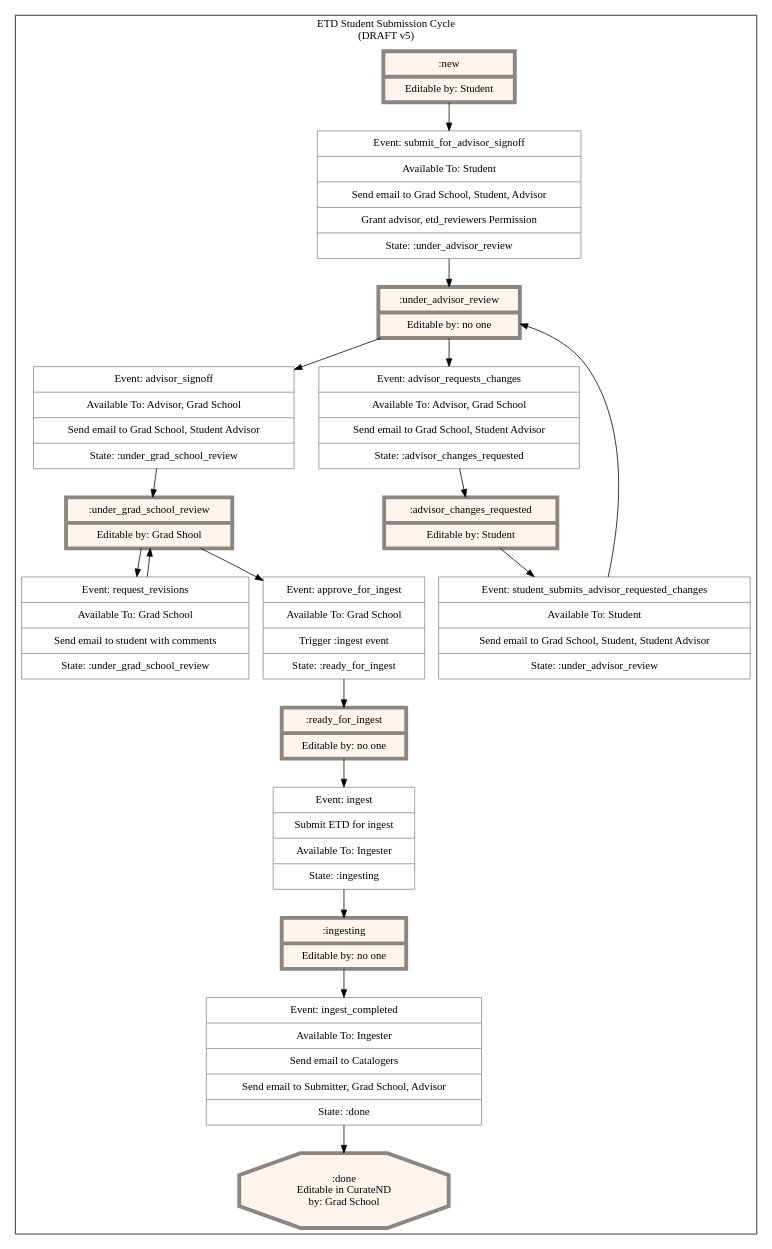
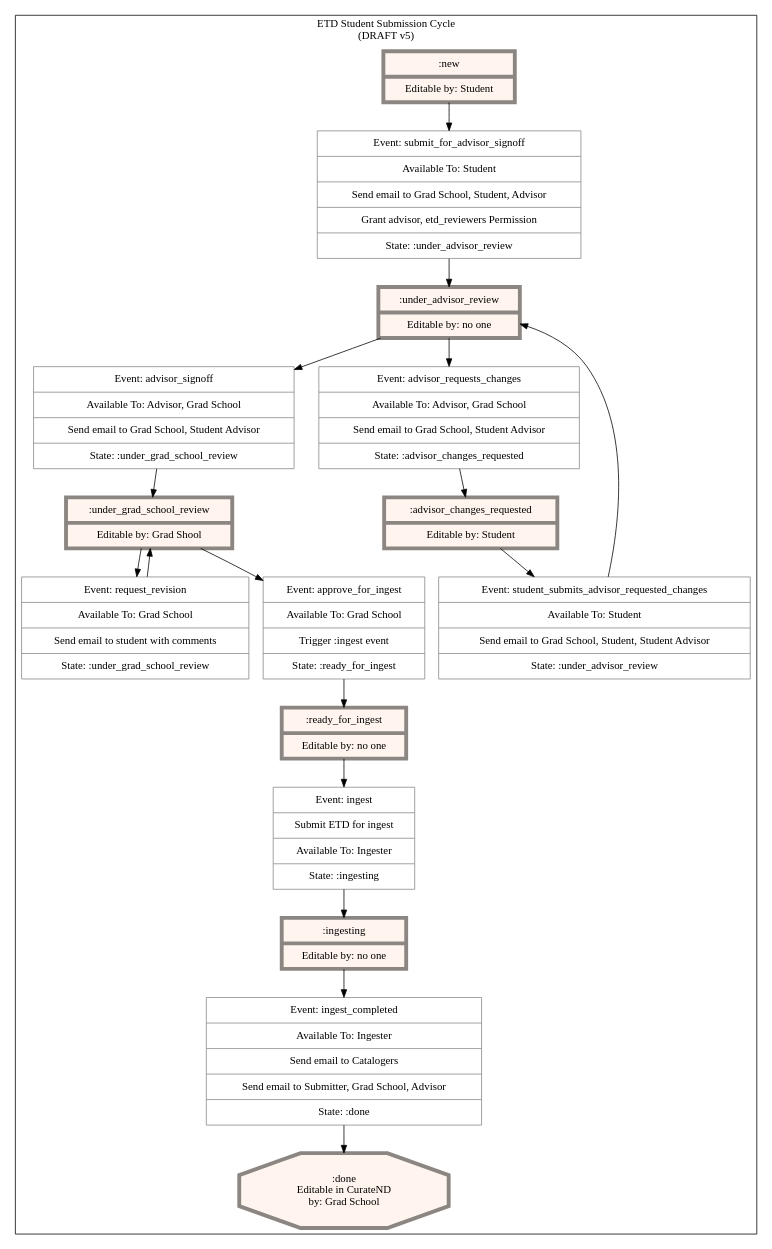
Before and after one commit to scholarworks/sipity: the diagram in artifacts/etd-submission-state-machine.dot, drawn with Graphviz. The commit also changed 8 other files, not shown here.

```diff
--- a/artifacts/etd-submission-state-machine.dot
+++ b/artifacts/etd-submission-state-machine.dot
@@ -1,46 +1,46 @@
 digraph "G" {
     compound=true;
     node[color="grey15" margin="0.15, 0.125"];
 
     subgraph cluster_0 {
         label="ETD Student Submission Cycle\n(DRAFT v5)"
         node[style=filled fillcolor=white color="seashell4"]
 
         # States
         subgraph 0 {
             label="States";
             node[shape="record" fillcolor="seashell1" penwidth=5]
             new [label="{ :new | Editable by: Student }"]
             under_advisor_review [label="{ :under_advisor_review | Editable by: no one }"]
             advisor_changes_requested [label="{ :advisor_changes_requested | Editable by: Student }"]
             under_grad_school_review[label="{ :under_grad_school_review | Editable by: Grad Shool }"]
             ready_for_ingest[label="{ :ready_for_ingest | Editable by: no one }"]
             ingesting[label="{ :ingesting | Editable by: no one }"]
             done[shape="octagon" label=":done\nEditable in CurateND\nby: Grad School"]
         }
 
         subgraph 1 {
             label="Events"
             node[shape="record" shape=record penwidth=1]
             submit_for_advisor_signoff[label="{ Event: submit_for_advisor_signoff | Available To: Student | Send email to Grad School, Student, Advisor | Grant advisor, etd_reviewers Permission | State: :under_advisor_review }"]
             advisor_signoff[label="{ Event: advisor_signoff | Available To: Advisor, Grad School |Send email to Grad School, Student Advisor | State: :under_grad_school_review }"]
             advisor_requests_changes[label="{ Event: advisor_requests_changes | Available To: Advisor, Grad School | Send email to Grad School, Student Advisor | State: :advisor_changes_requested }"]
             student_submits_advisor_requested_changes[label="{ Event: student_submits_advisor_requested_changes | Available To: Student | Send email to Grad School, Student, Student Advisor | State: :under_advisor_review }"]
-            request_revisions[label="{ Event: request_revisions | Available To: Grad School | Send email to student with comments | State: :under_grad_school_review }"]
+            request_revision[label="{ Event: request_revision | Available To: Grad School | Send email to student with comments | State: :under_grad_school_review }"]
             approve_for_ingest[label="{ Event: approve_for_ingest | Available To: Grad School | Trigger :ingest event | State: :ready_for_ingest }"]
             ingest[label="{ Event: ingest | Submit ETD for ingest | Available To: Ingester | State: :ingesting }"]
             ingest_completed[label="{ Event: ingest_completed | Available To: Ingester | Send email to Catalogers | Send email to Submitter, Grad School, Advisor | State: :done }"]
         }
 
         # State -> Event -> State graph
         new -> submit_for_advisor_signoff -> under_advisor_review
         under_advisor_review -> advisor_signoff -> under_grad_school_review
         under_advisor_review -> advisor_requests_changes -> advisor_changes_requested
         advisor_changes_requested -> student_submits_advisor_requested_changes -> under_advisor_review
-        under_grad_school_review -> request_revisions -> under_grad_school_review
+        under_grad_school_review -> request_revision -> under_grad_school_review
         under_grad_school_review -> approve_for_ingest -> ready_for_ingest
         ready_for_ingest -> ingest -> ingesting
         ingesting -> ingest_completed -> done
     }
 
 }
```
